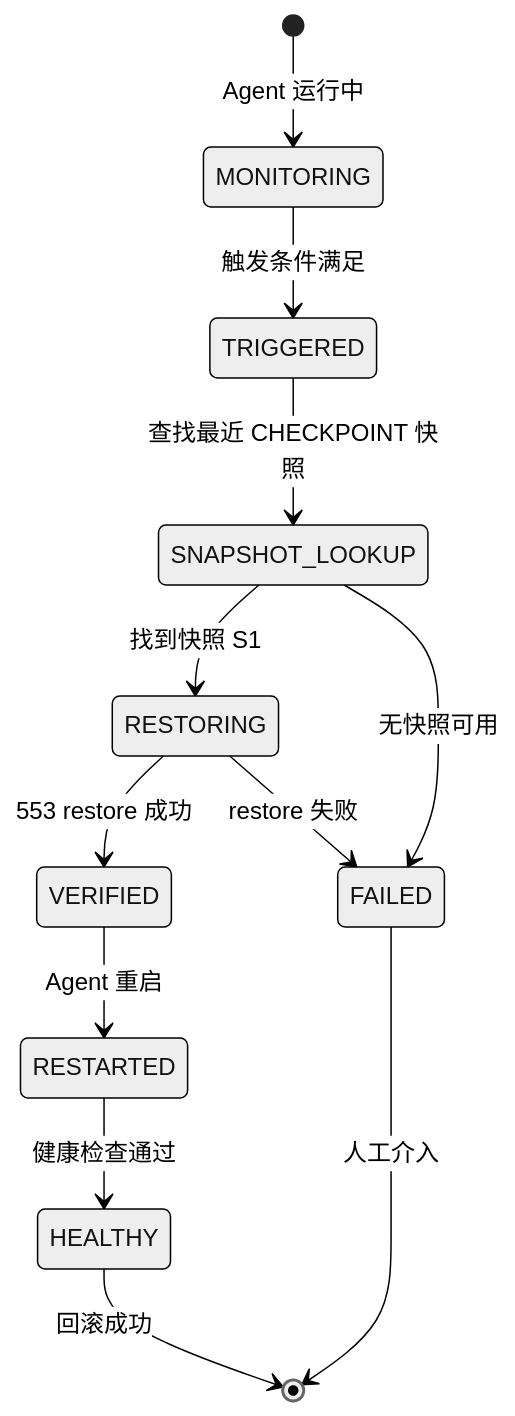
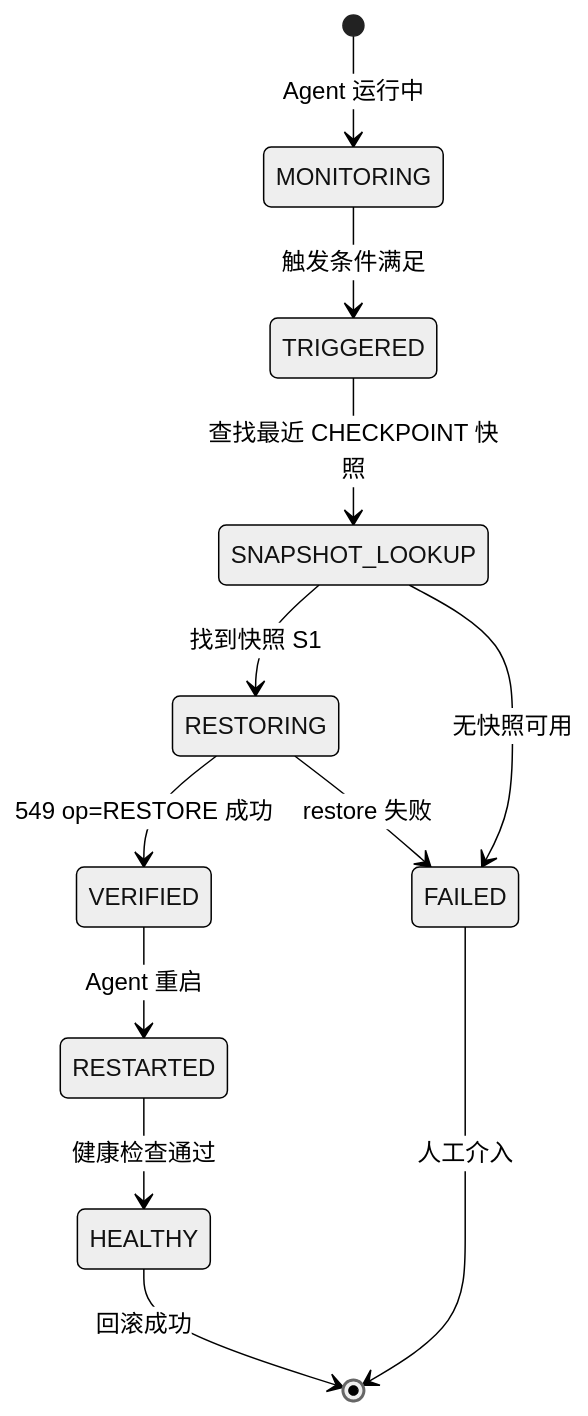
The ninth of 9 diagrams in AirymaxOS/140-application-development/06-agent-deployment.md (openairymax/docs), drawn with Mermaid (neutral theme) before and after one commit. The commit also changed other lines of this file and 135 other files, not shown here.

````diff
--- a/AirymaxOS/140-application-development/06-agent-deployment.md
+++ b/AirymaxOS/140-application-development/06-agent-deployment.md
@@ -819,14 +819,14 @@
 ```mermaid
 stateDiagram-v2
     [*] --> MONITORING : Agent 运行中
     MONITORING --> TRIGGERED : 触发条件满足
     TRIGGERED --> SNAPSHOT_LOOKUP : 查找最近 CHECKPOINT 快照
     SNAPSHOT_LOOKUP --> RESTORING : 找到快照 S1
     SNAPSHOT_LOOKUP --> FAILED : 无快照可用
-    RESTORING --> VERIFIED : 553 restore 成功
+    RESTORING --> VERIFIED : 549 op=RESTORE 成功
     RESTORING --> FAILED : restore 失败
     VERIFIED --> RESTARTED : Agent 重启
     RESTARTED --> HEALTHY : 健康检查通过
     HEALTHY --> [*] : 回滚成功
     FAILED --> [*] : 人工介入
 ```
````
